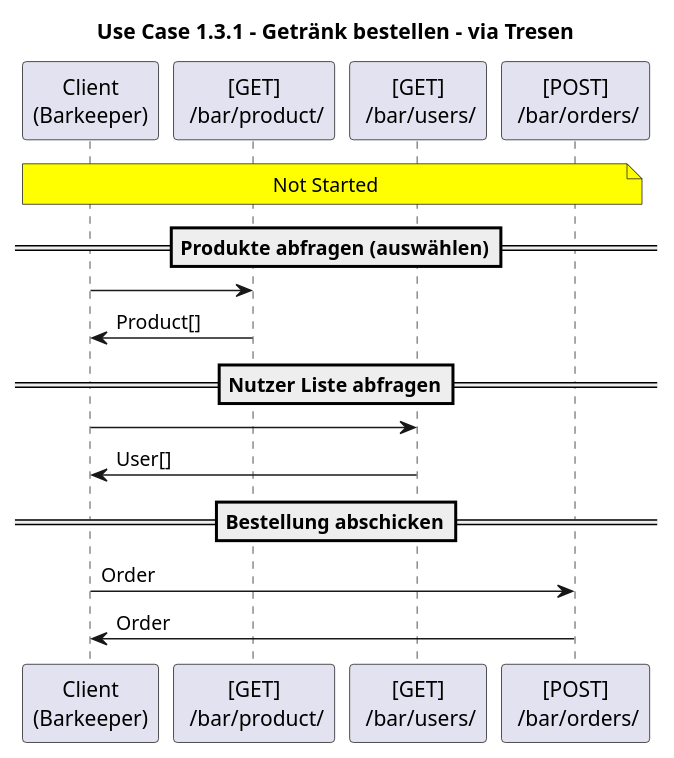
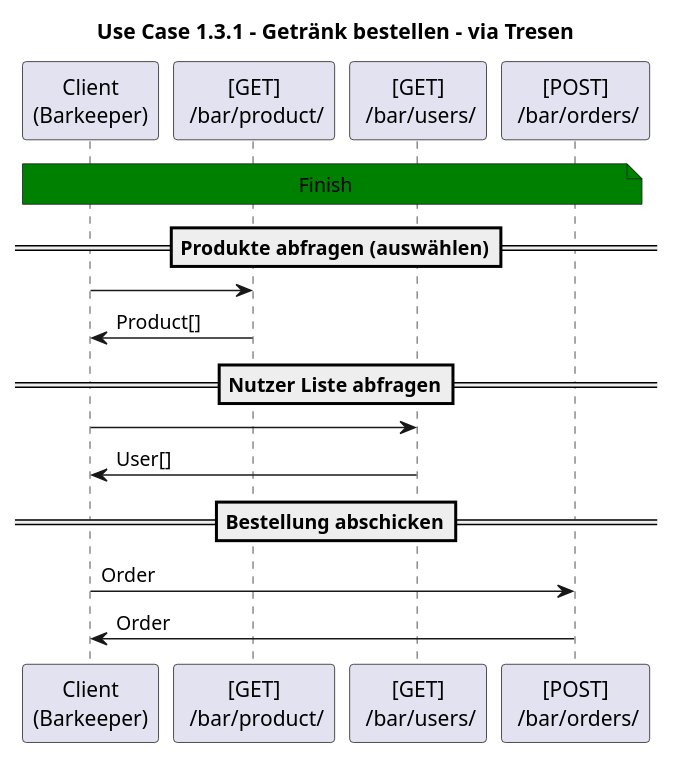
One commit to Mankianer/TresenSystem changed the sixth of 7 diagrams in docs/api-sequence-diagram/UseCase/Use-Case_1.puml. Above: the diagram before and after it, drawn with PlantUML. The commit also changed other lines of this file and 8 other files, not shown here.

```diff
--- a/docs/api-sequence-diagram/UseCase/Use-Case_1.puml
+++ b/docs/api-sequence-diagram/UseCase/Use-Case_1.puml
@@ -58,16 +58,16 @@
 @startuml
 title Use Case 1.3.1 - Getränk bestellen - via Tresen
-note across #yellow: Not Started
+note across #green: Finish
 
 ==Produkte abfragen (auswählen)==
 "Client\n(Barkeeper)" -> "[GET]\n /bar/product/":
 "Client\n(Barkeeper)" <- "[GET]\n /bar/product/": Product[]
 
 ==Nutzer Liste abfragen==
 "Client\n(Barkeeper)" -> "[GET]\n /bar/users/":
 "Client\n(Barkeeper)" <- "[GET]\n /bar/users/": User[]
 
 ==Bestellung abschicken==
 "Client\n(Barkeeper)" -> "[POST]\n /bar/orders/": Order
 "Client\n(Barkeeper)" <- "[POST]\n /bar/orders/": Order
 @enduml
```
